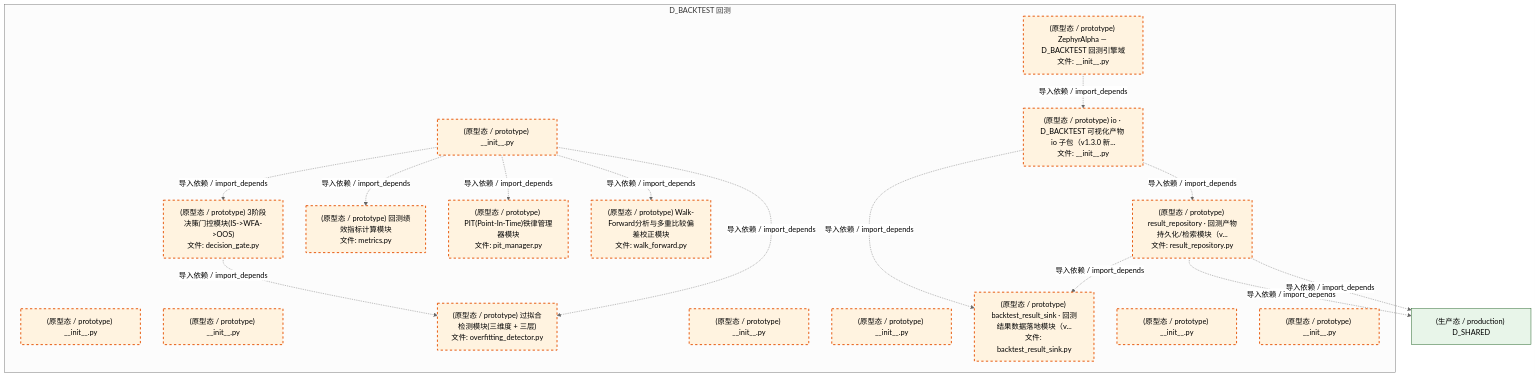
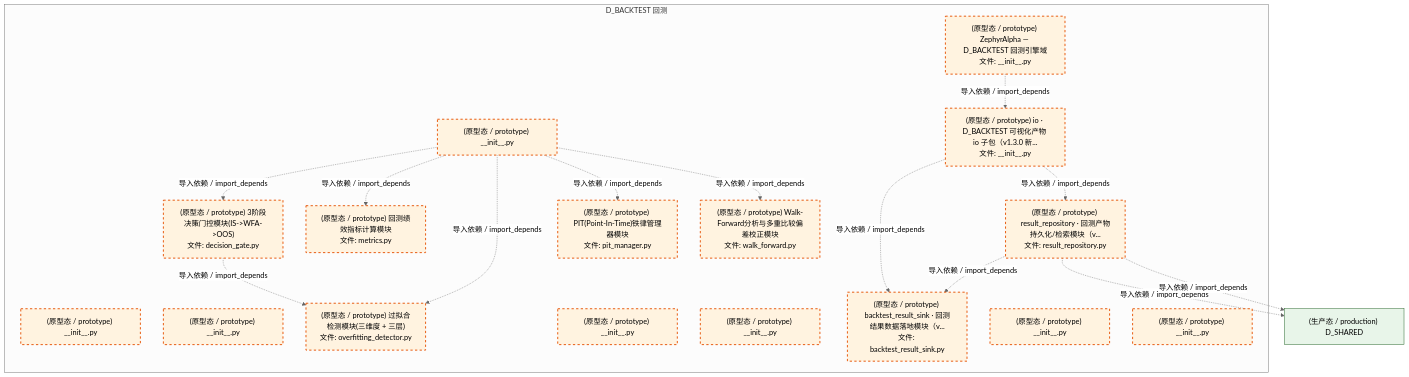
One commit to xuanFelixVan/ZephyrAlpha changed the fifth of 6 diagrams in docs/02_enterprise_architecture/02_domain_architecture_docs/30_d_backtest.md. Above: the diagram before and after it, drawn with Mermaid (neutral theme). The commit also changed other lines of this file and 126 other files, not shown here.

````diff
--- a/docs/02_enterprise_architecture/02_domain_architecture_docs/30_d_backtest.md
+++ b/docs/02_enterprise_architecture/02_domain_architecture_docs/30_d_backtest.md
@@ -342,40 +342,40 @@
 ```mermaid
 graph TD
     subgraph D_BACKTEST["D_BACKTEST 回测"]
         src_zephyr_backtest_init_py["(原型态 / prototype) ZephyrAlpha — D_BACKTEST 回测引擎域<br/>文件: __init__.py"]
         src_zephyr_backtest_extensions_init_py["(原型态 / prototype) __init__.py"]
         src_zephyr_backtest_api_init_py["(原型态 / prototype) __init__.py"]
         src_zephyr_backtest_core_init_py["(原型态 / prototype) __init__.py"]
         src_zephyr_backtest_core_decision_gate_py["(原型态 / prototype) 3阶段决策门控模块(IS->WFA->OOS)<br/>文件: decision_gate.py"]
         src_zephyr_backtest_core_metrics_py["(原型态 / prototype) 回测绩效指标计算模块<br/>文件: metrics.py"]
         src_zephyr_backtest_core_overfitting_detector_py["(原型态 / prototype) 过拟合检测模块(三维度 + 三层)<br/>文件: overfitting_detector.py"]
         src_zephyr_backtest_core_pit_manager_py["(原型态 / prototype) PIT(Point-In-Time)铁律管理器模块<br/>文件: pit_manager.py"]
         src_zephyr_backtest_core_walk_forward_py["(原型态 / prototype) Walk-Forward分析与多重比较偏差校正模块<br/>文件: walk_forward.py"]
         src_zephyr_backtest_implementations_init_py["(原型态 / prototype) __init__.py"]
         src_zephyr_backtest_infrastructure_init_py["(原型态 / prototype) __init__.py"]
         src_zephyr_backtest_io_init_py["(原型态 / prototype) io · D_BACKTEST 可视化产物 io 子包（v1.3.0 新...<br/>文件: __init__.py"]
         src_zephyr_backtest_io_backtest_result_sink_py["(原型态 / prototype) backtest_result_sink · 回测结果数据落地模块（v...<br/>文件: backtest_result_sink.py"]
         src_zephyr_backtest_io_result_repository_py["(原型态 / prototype) result_repository · 回测产物持久化/检索模块（v...<br/>文件: result_repository.py"]
         src_zephyr_backtest_models_init_py["(原型态 / prototype) __init__.py"]
         src_zephyr_backtest_services_init_py["(原型态 / prototype) __init__.py"]
     end
     src_zephyr_backtest_core_decision_gate_py -.->|导入依赖 / import_depends| src_zephyr_backtest_core_overfitting_detector_py
     src_zephyr_backtest_init_py -.->|导入依赖 / import_depends| src_zephyr_backtest_io_init_py
+    src_zephyr_backtest_io_result_repository_py -.->|导入依赖 / import_depends| src_zephyr_backtest_io_backtest_result_sink_py
     src_zephyr_backtest_core_init_py -.->|导入依赖 / import_depends| src_zephyr_backtest_core_decision_gate_py
+    src_zephyr_backtest_core_init_py -.->|导入依赖 / import_depends| src_zephyr_backtest_core_metrics_py
+    src_zephyr_backtest_core_init_py -.->|导入依赖 / import_depends| src_zephyr_backtest_core_overfitting_detector_py
     src_zephyr_backtest_core_init_py -.->|导入依赖 / import_depends| src_zephyr_backtest_core_pit_manager_py
-    src_zephyr_backtest_core_init_py -.->|导入依赖 / import_depends| src_zephyr_backtest_core_overfitting_detector_py
-    src_zephyr_backtest_core_init_py -.->|导入依赖 / import_depends| src_zephyr_backtest_core_metrics_py
     src_zephyr_backtest_core_init_py -.->|导入依赖 / import_depends| src_zephyr_backtest_core_walk_forward_py
     src_zephyr_backtest_io_init_py -.->|导入依赖 / import_depends| src_zephyr_backtest_io_backtest_result_sink_py
     src_zephyr_backtest_io_init_py -.->|导入依赖 / import_depends| src_zephyr_backtest_io_result_repository_py
-    src_zephyr_backtest_io_result_repository_py -.->|导入依赖 / import_depends| src_zephyr_backtest_io_backtest_result_sink_py
     D_SHARED["(生产态 / production) D_SHARED"]
     src_zephyr_backtest_io_result_repository_py -.->|导入依赖 / import_depends| D_SHARED
     src_zephyr_backtest_io_result_repository_py -.->|导入依赖 / import_depends| D_SHARED
     classDef production fill:#e1f5fe,stroke:#01579b,stroke-width:2px,color:#000
     classDef design fill:#fff3e0,stroke:#e65100,stroke-width:2px,color:#000,stroke-dasharray: 5 5
     classDef external_prod fill:#e8f5e9,stroke:#1b5e20,stroke-width:1px,color:#000
     classDef external_design fill:#fce4ec,stroke:#880e4f,stroke-width:1px,color:#000,stroke-dasharray: 5 5
     class src_zephyr_backtest_init_py,src_zephyr_backtest_extensions_init_py,src_zephyr_backtest_api_init_py,src_zephyr_backtest_core_init_py,src_zephyr_backtest_core_decision_gate_py,src_zephyr_backtest_core_metrics_py,src_zephyr_backtest_core_overfitting_detector_py,src_zephyr_backtest_core_pit_manager_py,src_zephyr_backtest_core_walk_forward_py,src_zephyr_backtest_implementations_init_py,src_zephyr_backtest_infrastructure_init_py,src_zephyr_backtest_io_init_py,src_zephyr_backtest_io_backtest_result_sink_py,src_zephyr_backtest_io_result_repository_py,src_zephyr_backtest_models_init_py,src_zephyr_backtest_services_init_py design
     class D_SHARED external_prod
 ```
````
